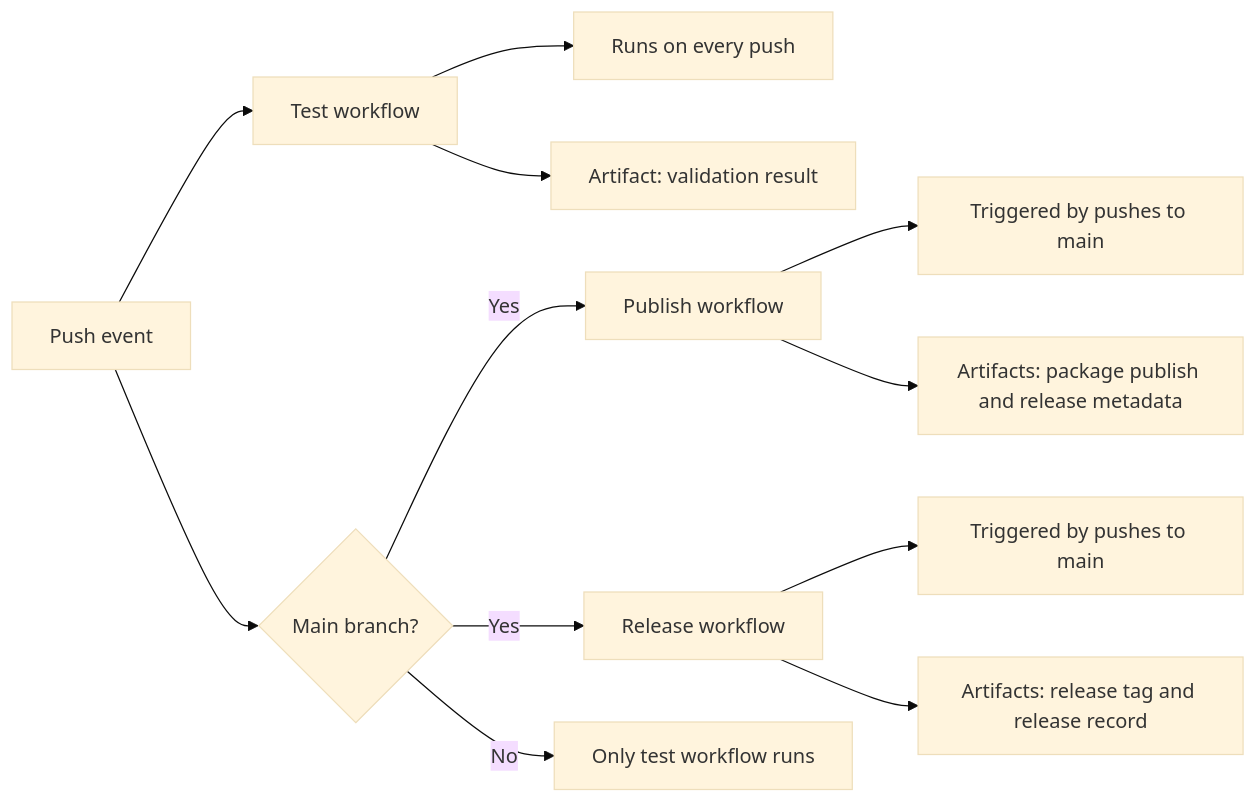
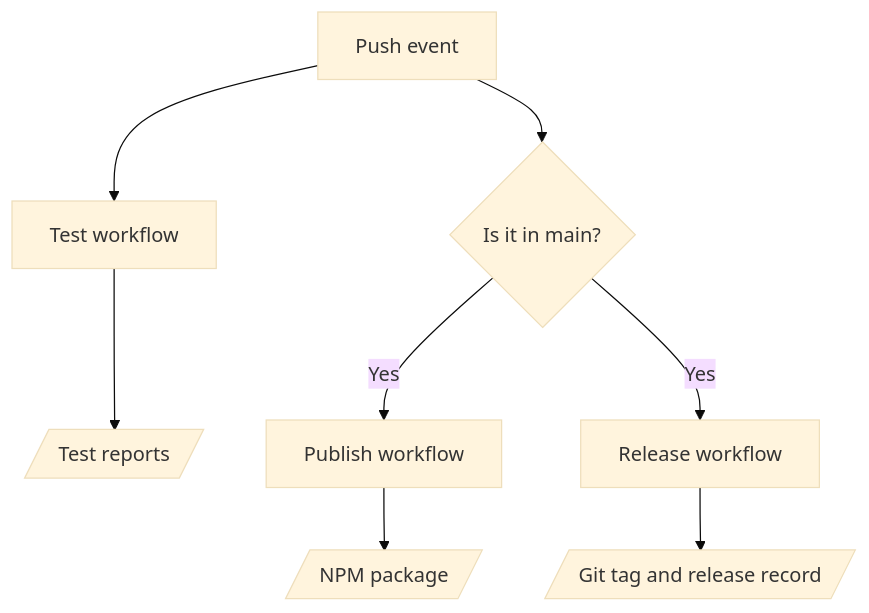
Before and after one commit to SiegeSailor/Cryptography: the second of 2 diagrams in CONTRIBUTING.md, drawn with Mermaid (base theme). The commit also changed other lines of this file, not shown here.

````diff
--- a/CONTRIBUTING.md
+++ b/CONTRIBUTING.md
@@ -154,14 +86,10 @@
 ```mermaid
-flowchart LR
+flowchart TB
   A[Push event] --> B[Test workflow]
-  B --> C[Runs on every push]
-  B --> D[Artifact: validation result]
-  A --> E{Main branch?}
+  B --> D[/Test reports/]
+  A --> E{Is it in main?}
   E -->|Yes| F[Publish workflow]
-  F --> G[Triggered by pushes to main]
-  F --> H[Artifacts: package publish and release metadata]
+  F --> H[/NPM package/]
   E -->|Yes| I[Release workflow]
-  I --> J[Triggered by pushes to main]
-  I --> K[Artifacts: release tag and release record]
-  E -->|No| L[Only test workflow runs]
+  I --> K[/Git tag and release record/]
 ```
````
